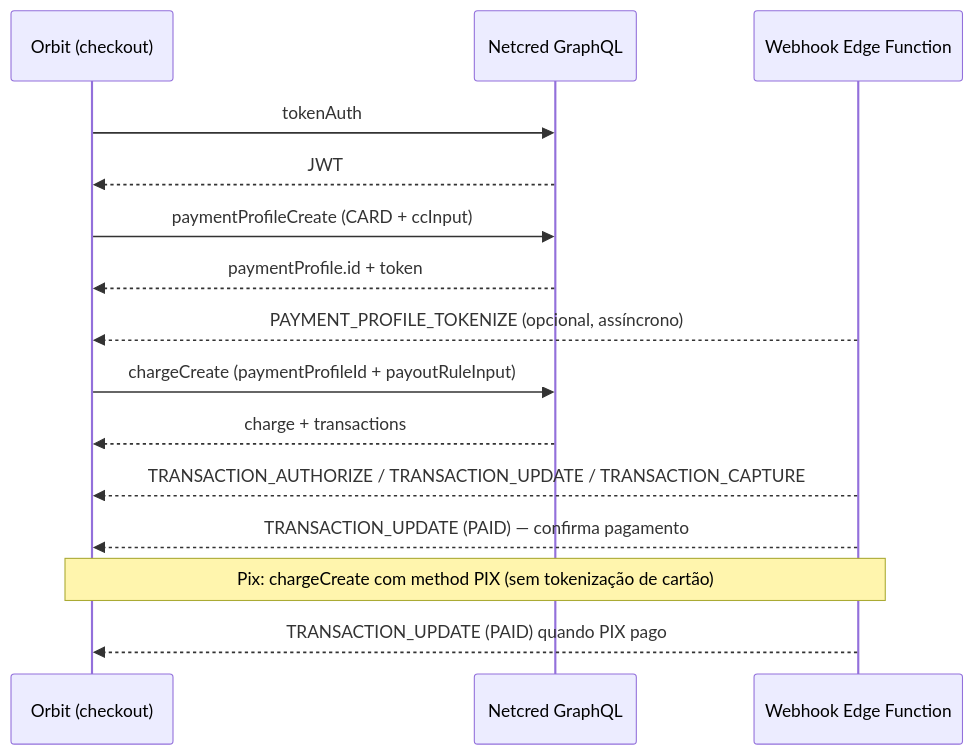
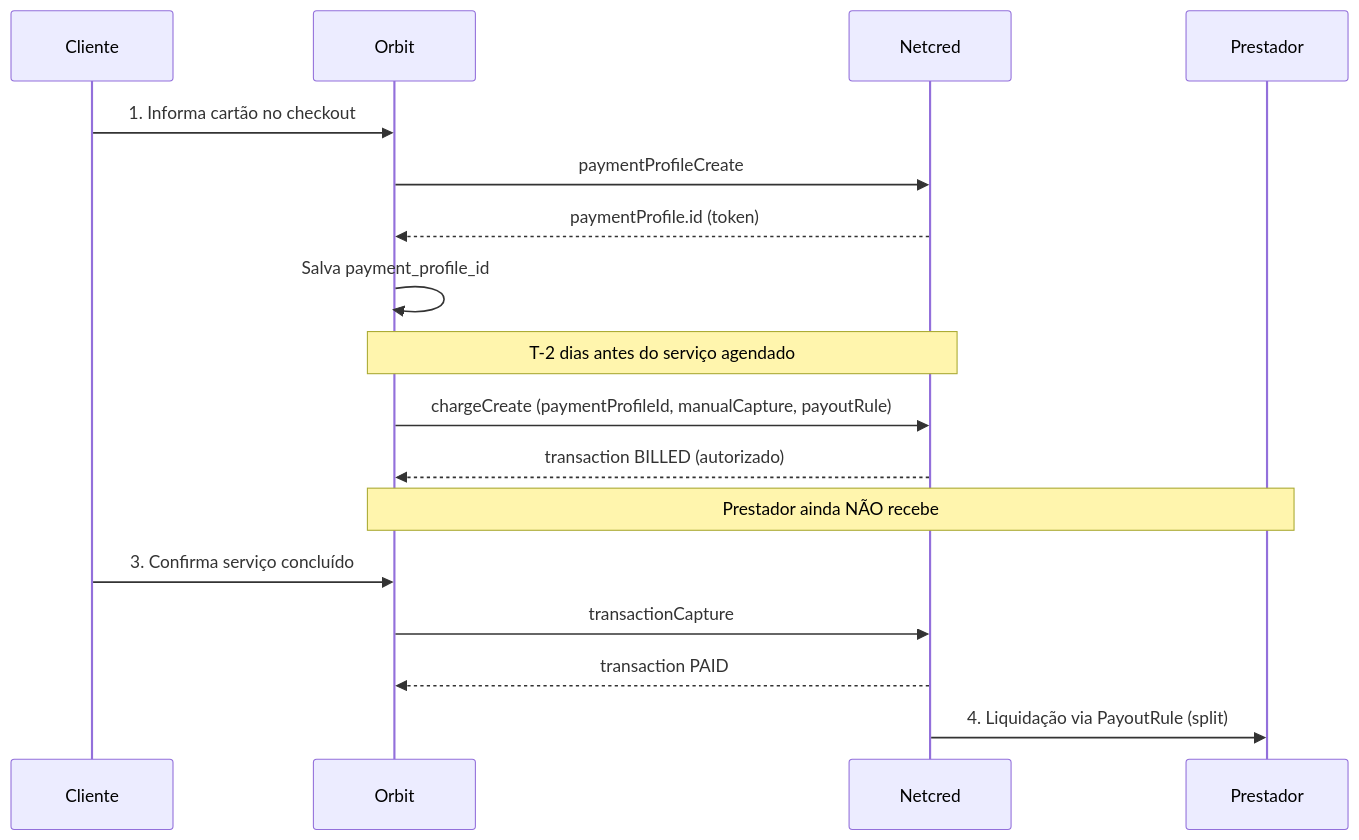
One commit to higorpo/renovi-orbit-test changed the first of 3 diagrams in docs/payments-api.md. Above: the diagram before and after it, drawn with Mermaid. The commit also changed other lines of this file, not shown here.

````diff
--- a/docs/payments-api.md
+++ b/docs/payments-api.md
@@ -94,21 +101,22 @@
 ```mermaid
 sequenceDiagram
-  participant App as Orbit (checkout)
-  participant API as Netcred GraphQL
-  participant WH as Webhook Edge Function
+  participant C as Cliente
+  participant R as Orbit
+  participant N as Netcred
+  participant P as Prestador
 
-  App->>API: tokenAuth
-  API-->>App: JWT
+  C->>R: 1. Informa cartão no checkout
+  R->>N: paymentProfileCreate
+  N-->>R: paymentProfile.id (token)
+  R->>R: Salva payment_profile_id
 
-  App->>API: paymentProfileCreate (CARD + ccInput)
-  API-->>App: paymentProfile.id + token
-  WH-->>App: PAYMENT_PROFILE_TOKENIZE (opcional, assíncrono)
+  Note over R,N: T-2 dias antes do serviço agendado
+  R->>N: chargeCreate (paymentProfileId, manualCapture, payoutRule)
+  N-->>R: transaction BILLED (autorizado)
+  Note over R,P: Prestador ainda NÃO recebe
 
-  App->>API: chargeCreate (paymentProfileId + payoutRuleInput)
-  API-->>App: charge + transactions
-  WH-->>App: TRANSACTION_AUTHORIZE / TRANSACTION_UPDATE / TRANSACTION_CAPTURE
-  WH-->>App: TRANSACTION_UPDATE (PAID) — confirma pagamento
-
-  Note over App,WH: Pix: chargeCreate com method PIX (sem tokenização de cartão)
-  WH-->>App: TRANSACTION_UPDATE (PAID) quando PIX pago
+  C->>R: 3. Confirma serviço concluído
+  R->>N: transactionCapture
+  N-->>R: transaction PAID
+  N->>P: 4. Liquidação via PayoutRule (split)
 ```
````
